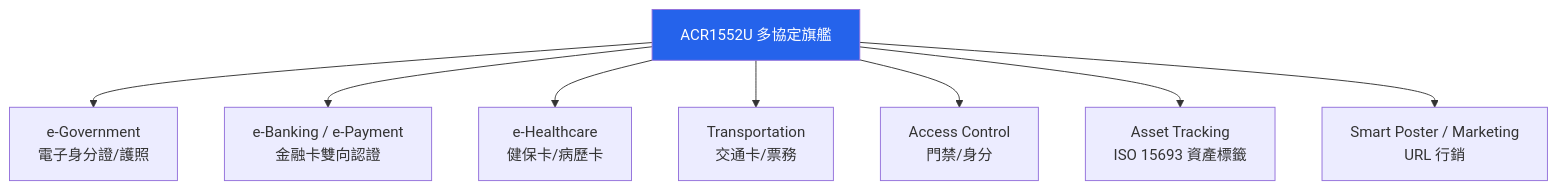
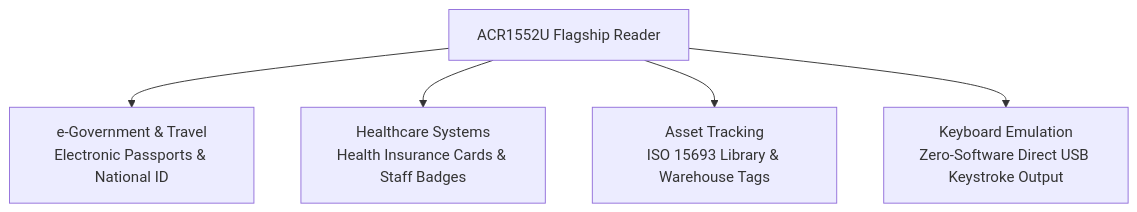
Before and after one commit to yopitek/yupitek-wiki: the diagram in docs/05-acs/products/acr1552u/index.md, drawn with Mermaid. The commit also changed other lines of this file and 60 other files, not shown here.

````diff
--- a/docs/05-acs/products/acr1552u/index.md
+++ b/docs/05-acs/products/acr1552u/index.md
@@ -71,12 +67,7 @@
 ```mermaid
 flowchart TD
-    A[ACR1552U 多協定旗艦] --> B[e-Government<br/>電子身分證/護照]
-    A --> C[e-Banking / e-Payment<br/>金融卡雙向認證]
-    A --> D[e-Healthcare<br/>健保卡/病歷卡]
-    A --> E[Transportation<br/>交通卡/票務]
-    A --> F[Access Control<br/>門禁/身分]
-    A --> G[Asset Tracking<br/>ISO 15693 資產標籤]
-    A --> H[Smart Poster / Marketing<br/>URL 行銷]
-
-    style A fill:#2563eb,color:#fff
+    A[ACR1552U Flagship Reader] --> B[e-Government & Travel<br/>Electronic Passports & National ID]
+    A --> C[Healthcare Systems<br/>Health Insurance Cards & Staff Badges]
+    A --> D[Asset Tracking<br/>ISO 15693 Library & Warehouse Tags]
+    A --> E[Keyboard Emulation<br/>Zero-Software Direct USB Keystroke Output]
 ```
````
